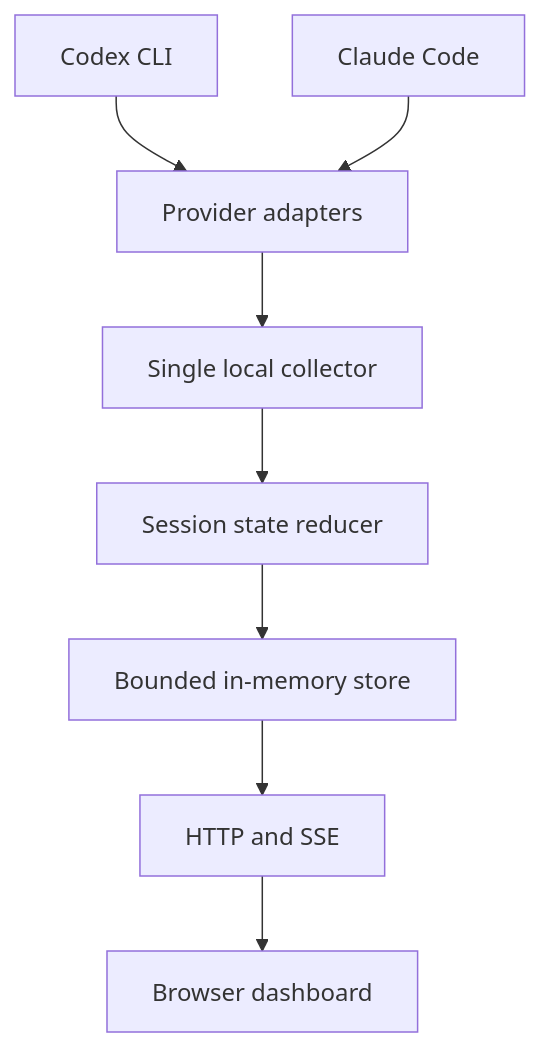
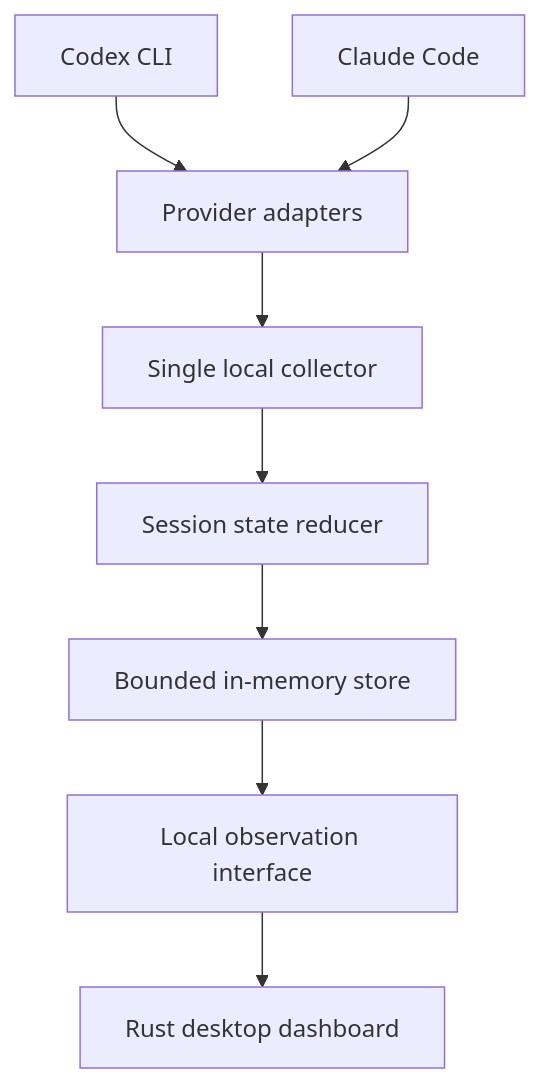
The diagram in README.md (changukshin/agent-monitor), drawn with Mermaid before and after one commit. The commit also changed other lines of this file and 7 other files, not shown here.

First line of the commit message:
feat(spike): preserve Phase 1A Rust observation and transport experiment (#2)

````diff
--- a/README.md
+++ b/README.md
@@ -36,10 +36,10 @@
 ```mermaid
 flowchart TD
   A[Codex CLI] --> C[Provider adapters]
   B[Claude Code] --> C
   C --> D[Single local collector]
   D --> E[Session state reducer]
   E --> F[Bounded in-memory store]
-  F --> G[HTTP and SSE]
-  G --> H[Browser dashboard]
+  F --> G[Local observation interface]
+  G --> H[Rust desktop dashboard]
 ```
````
